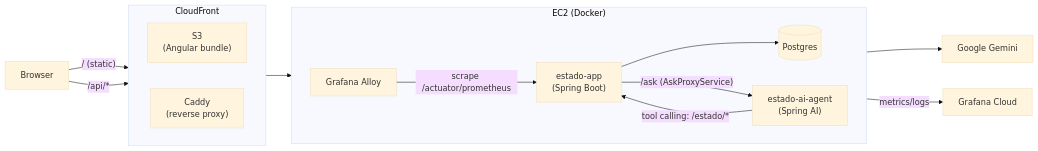
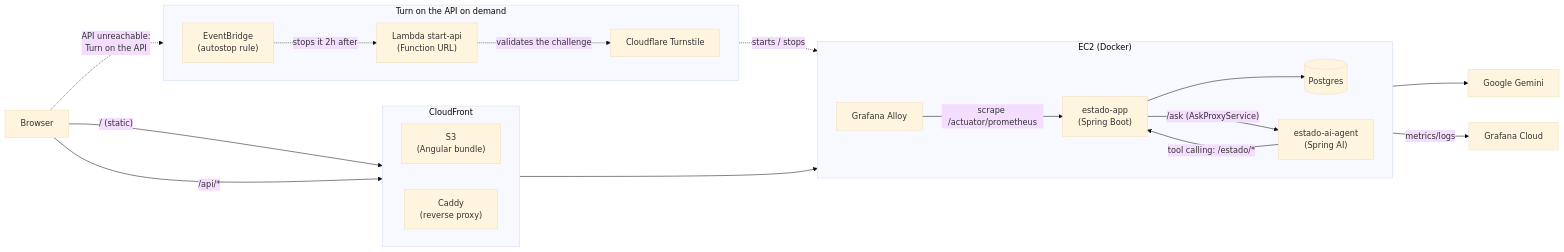
Before and after one commit to ronybrand/angular_estado: the diagram in README.md, drawn with Mermaid (base theme). The commit also changed 1 other file, not shown here.

Commit message:
docs: diagrama mostra a Lambda start-api (Ligar a API sob demanda) (#142)

````diff
--- a/README.md
+++ b/README.md
@@ -17,31 +17,43 @@
 ```mermaid
 flowchart LR
     Browser["Browser"]
 
     subgraph CloudFront["CloudFront"]
         direction LR
         S3["S3\n(Angular bundle)"]
         Caddy["Caddy\n(reverse proxy)"]
     end
 
     subgraph EC2["EC2 (Docker)"]
         direction LR
         App["estado-app\n(Spring Boot)"]
         DB[("Postgres")]
         Alloy["Grafana Alloy"]
         Agent["estado-ai-agent\n(Spring AI)"]
     end
 
     Grafana["Grafana Cloud"]
     Gemini["Google Gemini"]
 
+
+    subgraph OnDemand["Turn on the API on demand"]
+        direction LR
+        Lambda["Lambda start-api\n(Function URL)"]
+        Turnstile["Cloudflare Turnstile"]
+        Autostop["EventBridge\n(autostop rule)"]
+    end
+
     Browser -- "/ (static)" --> S3
     Browser -- "/api/*" --> Caddy
     Caddy --> App
     App --> DB
     App -- "/ask (AskProxyService)" --> Agent
     Agent -- "tool calling: /estado/*" --> App
     Agent --> Gemini
     Alloy -- "scrape /actuator/prometheus" --> App
     Alloy -- metrics/logs --> Grafana
+    Browser -. "API unreachable:\nTurn on the API" .-> Lambda
+    Lambda -. "validates the challenge" .-> Turnstile
+    Lambda -. "starts / stops" .-> EC2
+    Autostop -. "stops it 2h after" .-> Lambda
 ```
````
